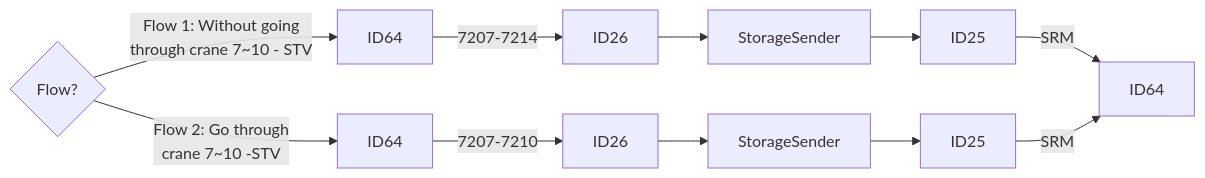
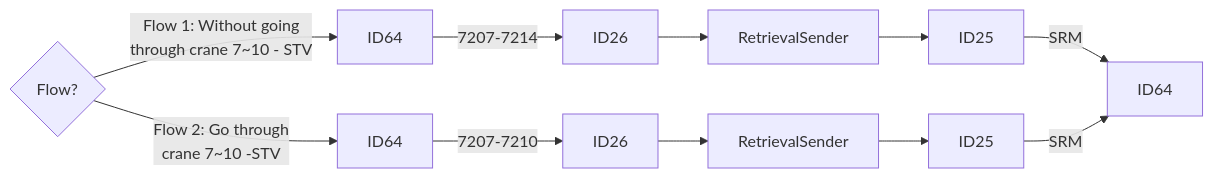
One commit to luthfiadityaa/SimeDarby-Wiki changed the second of 3 diagrams in Basic-Design/DFD-WMS/Retrieval/Unplanned-Retrieval-from-HP-Area.md. Above: the diagram before and after it, drawn with Mermaid. The commit also changed other lines of this file, not shown here.

Commit message:
Updated Unplanned Retrieval from HP Area

```diff
--- a/Basic-Design/DFD-WMS/Retrieval/Unplanned-Retrieval-from-HP-Area.md
+++ b/Basic-Design/DFD-WMS/Retrieval/Unplanned-Retrieval-from-HP-Area.md
@@ -13,11 +13,11 @@
 ::: mermaid
 flowchart LR
   
 Cond1{Flow?} 
 Cond1 --> |Flow 1: Without going 
 through crane 7~10 - STV| P8[ID64]
 Cond1 --> |Flow 2: Go through 
 crane 7~10 -STV| P9[ID64]
-P8[ID64]--> |7207-7214| P10[ID26]-->P11[StorageSender]-->P12[ID25]--> |SRM| P18[ID64]
-P9[ID64]--> |7207-7210| P15[ID26]-->P16[StorageSender]-->P17[ID25]--> |SRM| P18[ID64]
+P8[ID64]--> |7207-7214| P10[ID26]-->P11[RetrievalSender]-->P12[ID25]--> |SRM| P18[ID64]
+P9[ID64]--> |7207-7210| P15[ID26]-->P16[RetrievalSender]-->P17[ID25]--> |SRM| P18[ID64]
 :::
```
